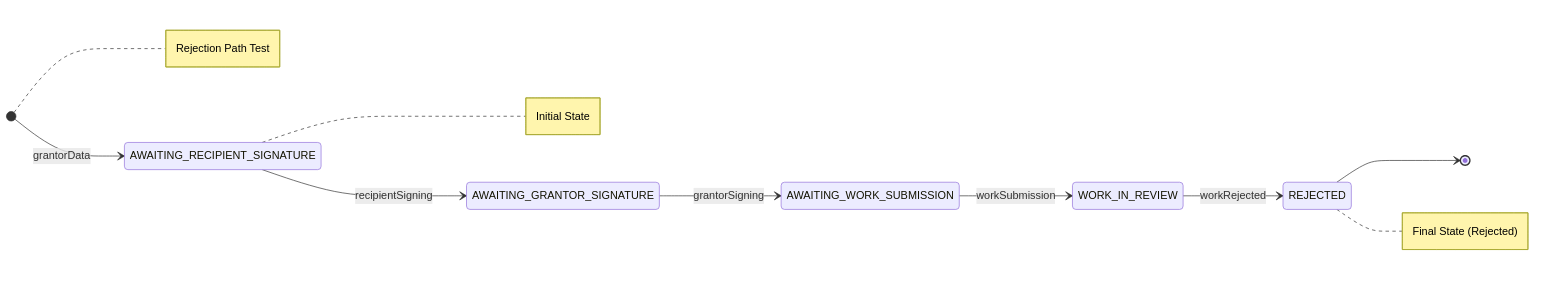
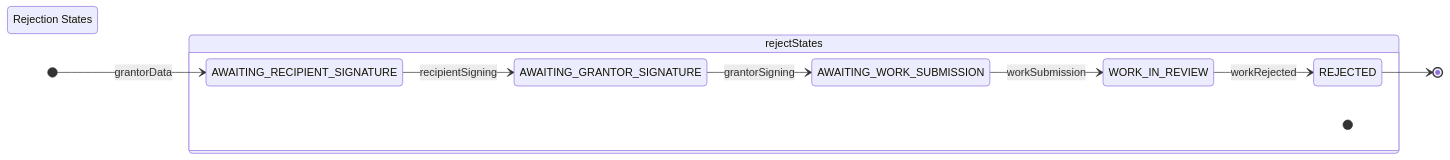
One commit to Consensys-Network-State/signet-execution-prototype changed the third of 5 diagrams in lua-actor/src/dfsm-with-tx.md. Above: the diagram before and after it, drawn with Mermaid. The commit also changed other lines of this file, not shown here.

````diff
--- a/lua-actor/src/dfsm-with-tx.md
+++ b/lua-actor/src/dfsm-with-tx.md
@@ -40,14 +57,22 @@
 ```mermaid
 stateDiagram-v2
     direction LR
+    
+    state "Rejection States" as rejectStates #LightGreen
+    
     [*] --> AWAITING_RECIPIENT_SIGNATURE: grantorData
     AWAITING_RECIPIENT_SIGNATURE --> AWAITING_GRANTOR_SIGNATURE: recipientSigning
     AWAITING_GRANTOR_SIGNATURE --> AWAITING_WORK_SUBMISSION: grantorSigning
     AWAITING_WORK_SUBMISSION --> WORK_IN_REVIEW: workSubmission
     WORK_IN_REVIEW --> REJECTED: workRejected
     REJECTED --> [*]
     
-    note right of [*]: Rejection Path Test
-    note right of AWAITING_RECIPIENT_SIGNATURE: Initial State
-    note right of REJECTED: Final State (Rejected)
+    state rejectStates {
+        [*]
+        AWAITING_RECIPIENT_SIGNATURE
+        AWAITING_GRANTOR_SIGNATURE
+        AWAITING_WORK_SUBMISSION
+        WORK_IN_REVIEW
+        REJECTED
+    }
 ```
````
